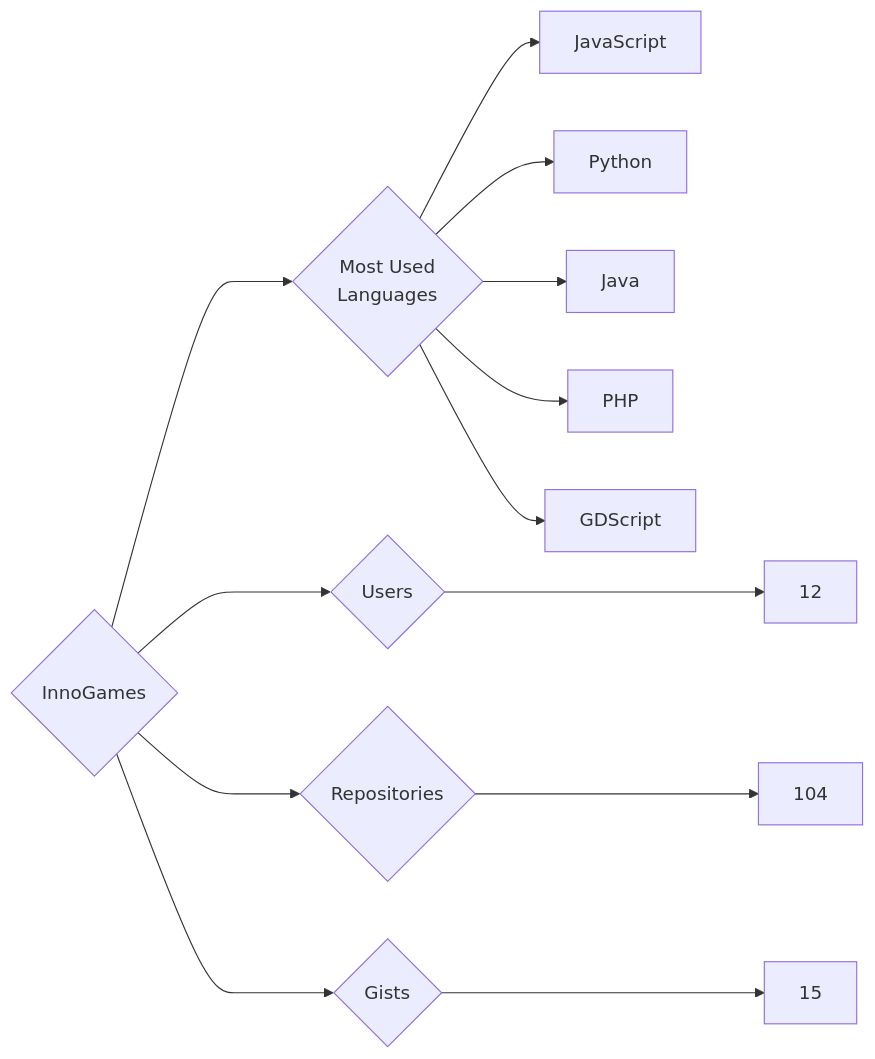
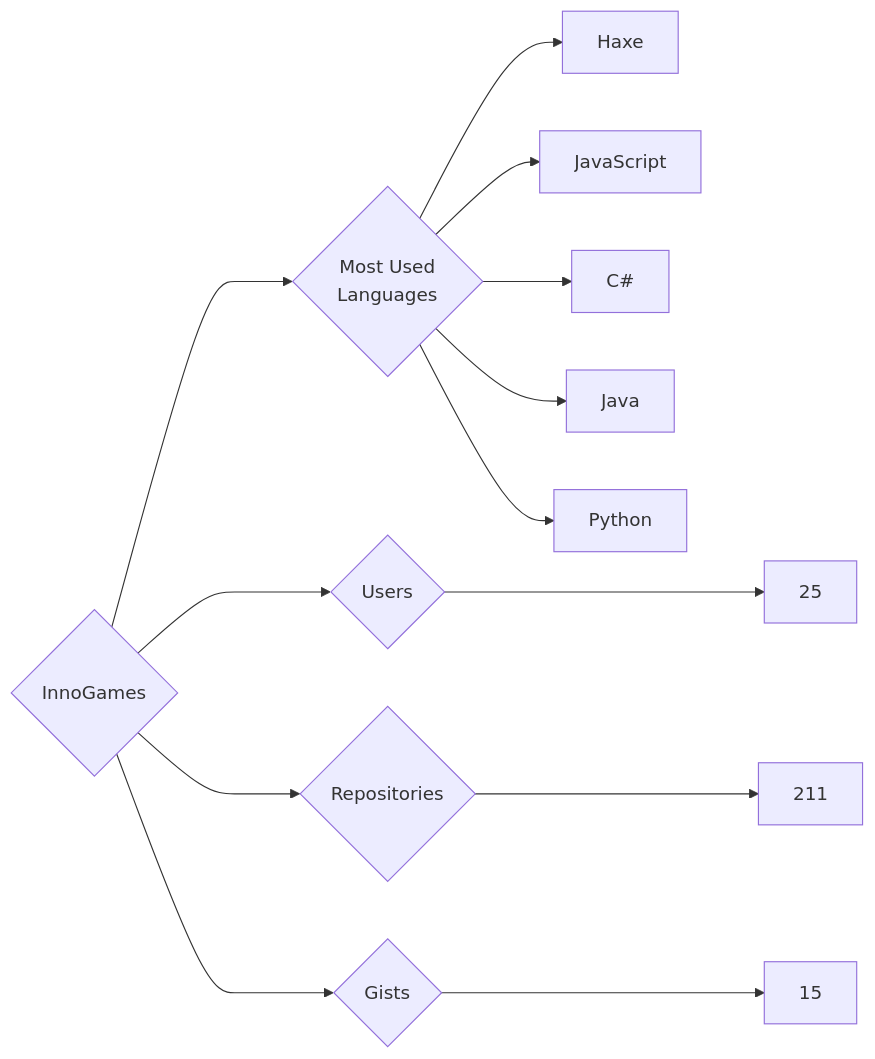
The diagram in targets/InnoGames/README.md (trickest/insiders), drawn with Mermaid before and after one commit. The commit also changed 749 other files, not shown here.

````diff
--- a/targets/InnoGames/README.md
+++ b/targets/InnoGames/README.md
@@ -3,13 +3,13 @@
 ```mermaid
 graph LR
 COMPANY_NAME{InnoGames}
-COMPANY_NAME ---> U{Users} ---> UN[12]
-COMPANY_NAME ---> R{Repositories} ---> RN[104]
+COMPANY_NAME ---> U{Users} ---> UN[25]
+COMPANY_NAME ---> R{Repositories} ---> RN[211]
 COMPANY_NAME ---> G{Gists} ---> GN[15]
 COMPANY_NAME ---> ML{Most Used<br>Languages}
+ML --> Haxe[Haxe]
 ML --> JavaScript[JavaScript]
+ML --> C#[C#]
+ML --> Java[Java]
 ML --> Python[Python]
-ML --> Java[Java]
-ML --> PHP[PHP]
-ML --> GDScript[GDScript]
 ```
````
